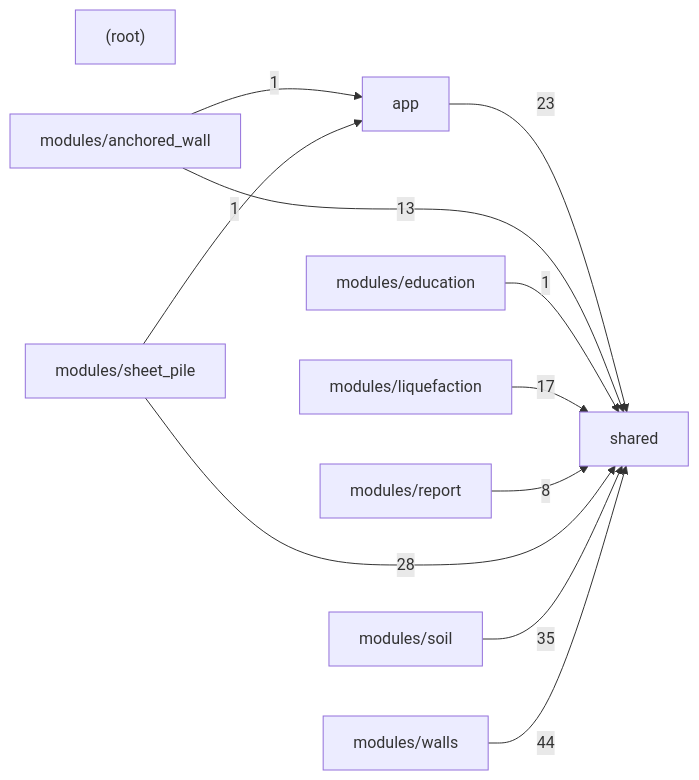
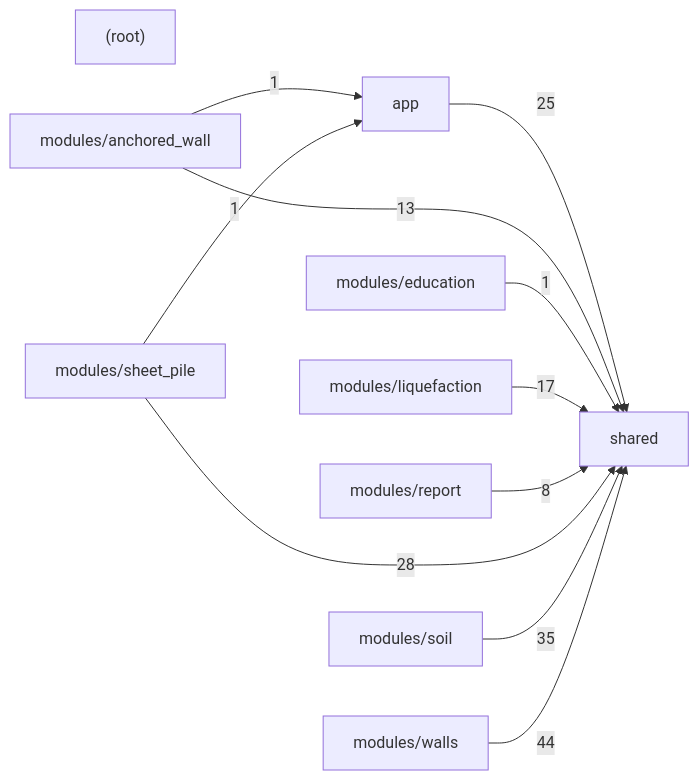
Before and after one commit to umutsertkaya/Foundation_Engineering_Program: the second of 2 diagrams in docs/CODE_MAP.md, drawn with Mermaid. The commit also changed other lines of this file and 8 other files, not shown here.

````diff
--- a/docs/CODE_MAP.md
+++ b/docs/CODE_MAP.md
@@ -611,23 +611,23 @@
 ```mermaid
 graph LR
   _root_["(root)"]
   app["app"]
   modules_anchored_wall["modules/anchored_wall"]
   modules_education["modules/education"]
   modules_liquefaction["modules/liquefaction"]
   modules_report["modules/report"]
   modules_sheet_pile["modules/sheet_pile"]
   modules_soil["modules/soil"]
   modules_walls["modules/walls"]
   shared["shared"]
-  app -->|23| shared
+  app -->|25| shared
   modules_anchored_wall -->|1| app
   modules_anchored_wall -->|13| shared
   modules_education -->|1| shared
   modules_liquefaction -->|17| shared
   modules_report -->|8| shared
   modules_sheet_pile -->|1| app
   modules_sheet_pile -->|28| shared
   modules_soil -->|35| shared
   modules_walls -->|44| shared
 ```
````
